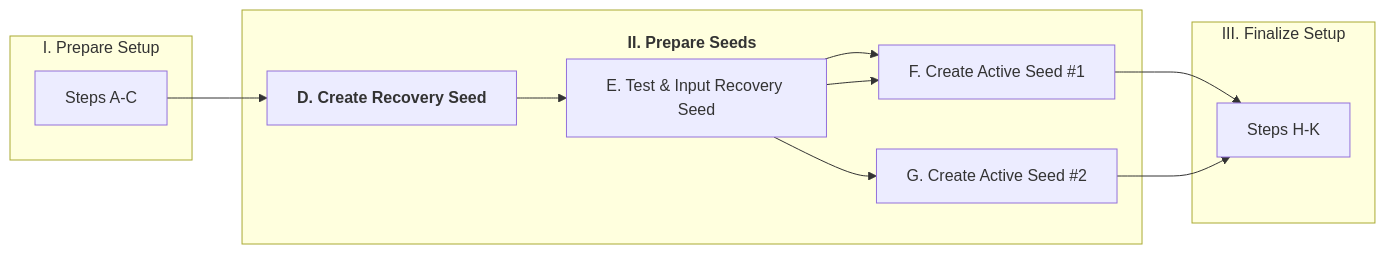
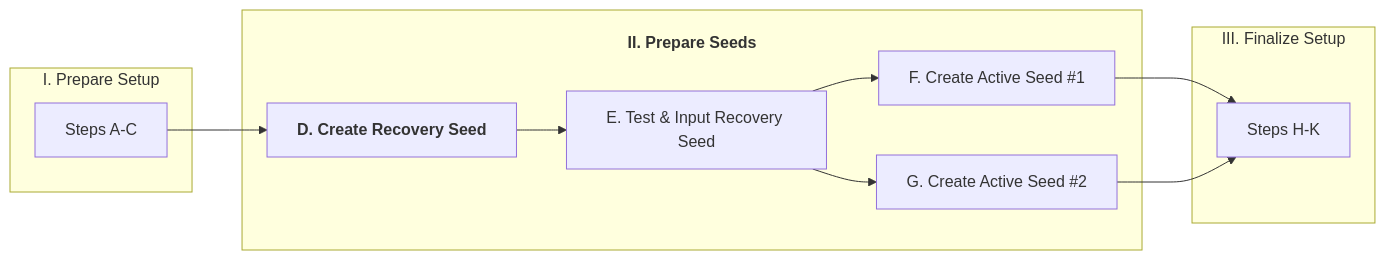
The fourth of 4 diagrams in Docs/Scenario-Multisig.md (BlockchainCommons/SmartCustody), drawn with Mermaid before and after one commit.

````diff
--- a/Docs/Scenario-Multisig.md
+++ b/Docs/Scenario-Multisig.md
@@ -243,20 +243,19 @@
 ```mermaid
     graph LR;
     subgraph 1[I. Prepare Setup]
     C[Steps A-C]
     end
     subgraph 2[<h4>II. Prepare Seeds</h4>]
     D[<b>D. Create Recovery Seed</b>]
     E[E. Test & Input Recovery Seed]
     F[F. Create Active Seed #1]
     G[G. Create Active Seed #2]
     D-->E
-    E-->F
     E-->F & G
     end
     subgraph 3[III. Finalize Setup]
     H[Steps H-K]
     end
     C-->D
     F & G-->H
 ```
````
